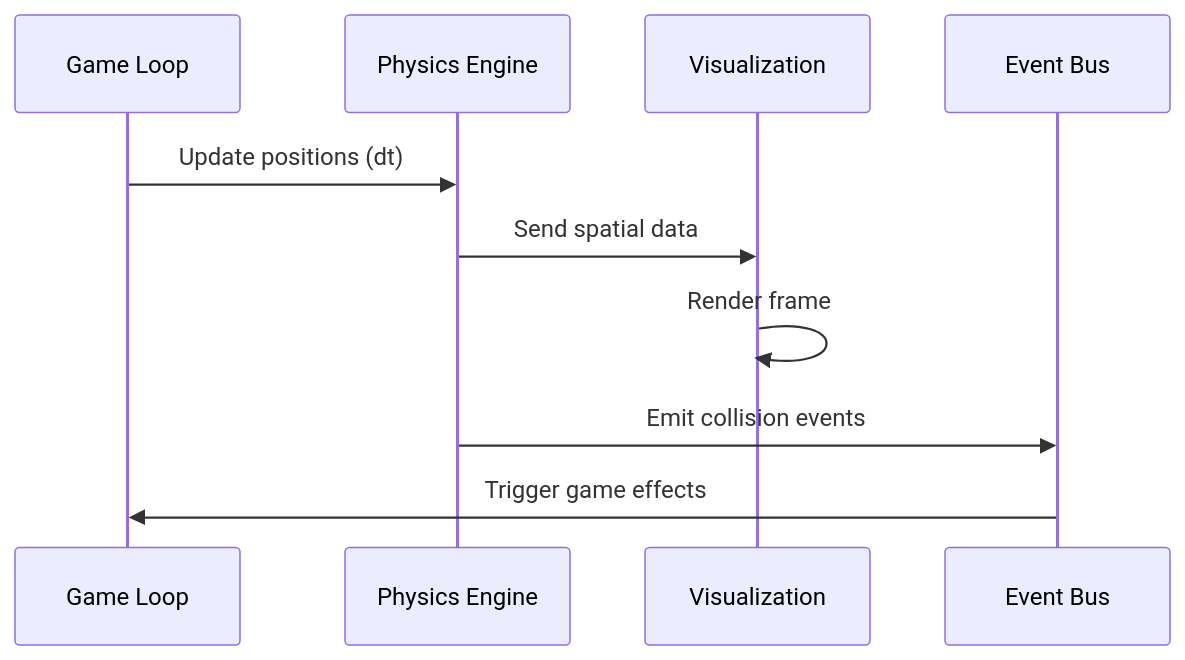
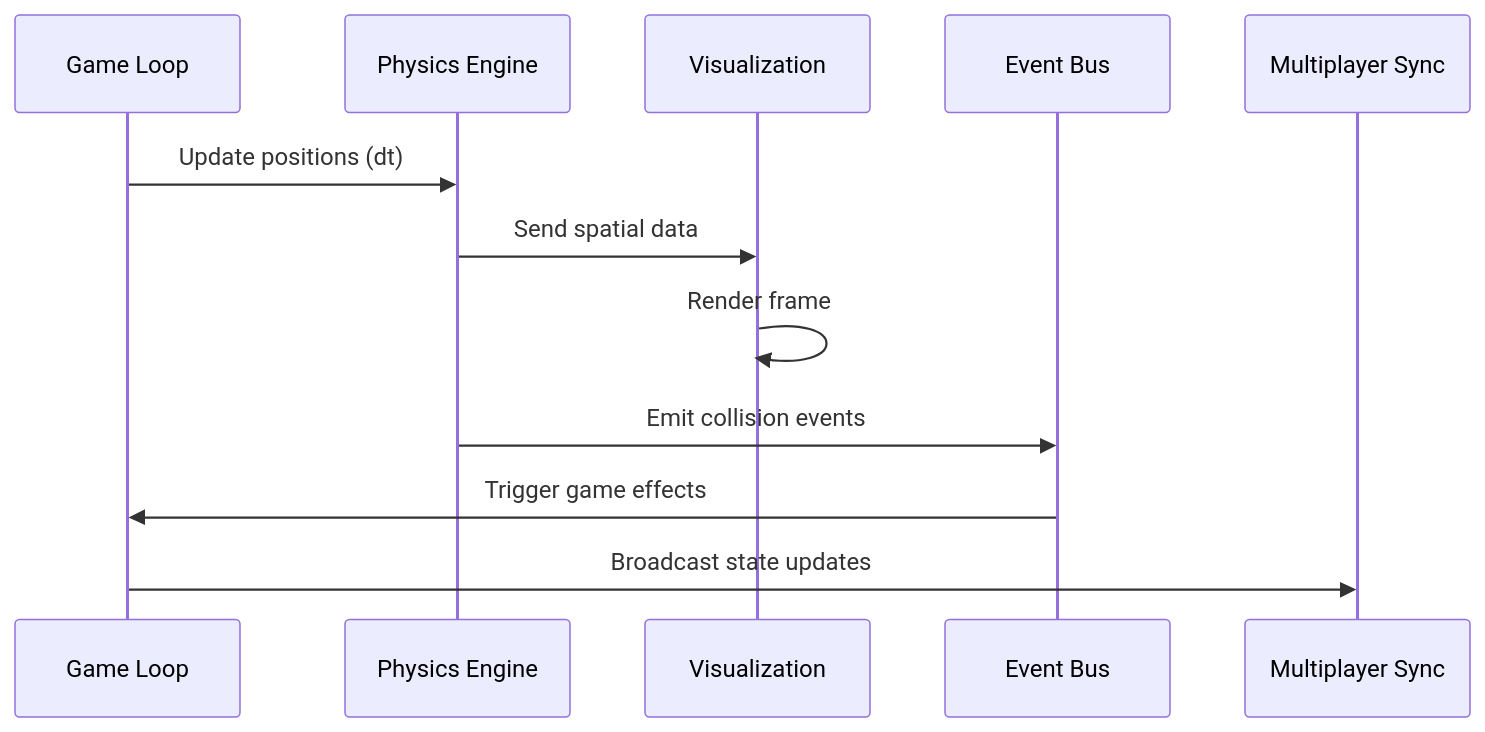
The sixth of 6 diagrams in MODEL.md (automenta/globalcrisis2), drawn with Mermaid before and after one commit. The commit also changed other lines of this file, not shown here.

````diff
--- a/MODEL.md
+++ b/MODEL.md
@@ -445,13 +542,15 @@
 ```mermaid
 sequenceDiagram
   participant G as Game Loop
   participant P as Physics Engine
   participant V as Visualization
   participant E as Event Bus
+  participant M as Multiplayer Sync
   
   G->>P: Update positions (dt)
   P->>V: Send spatial data
   V->>V: Render frame
   P->>E: Emit collision events
   E->>G: Trigger game effects
+  G->>M: Broadcast state updates
 ```
````
